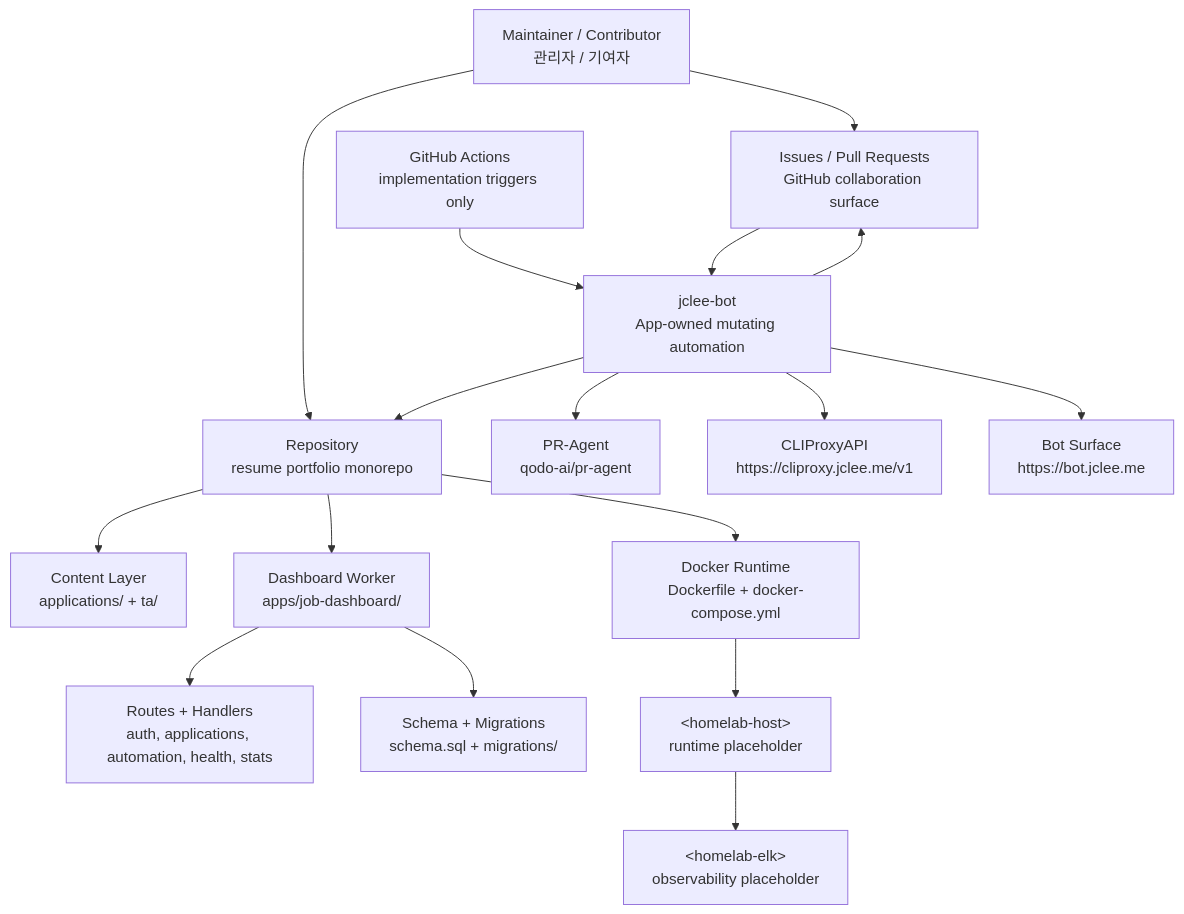
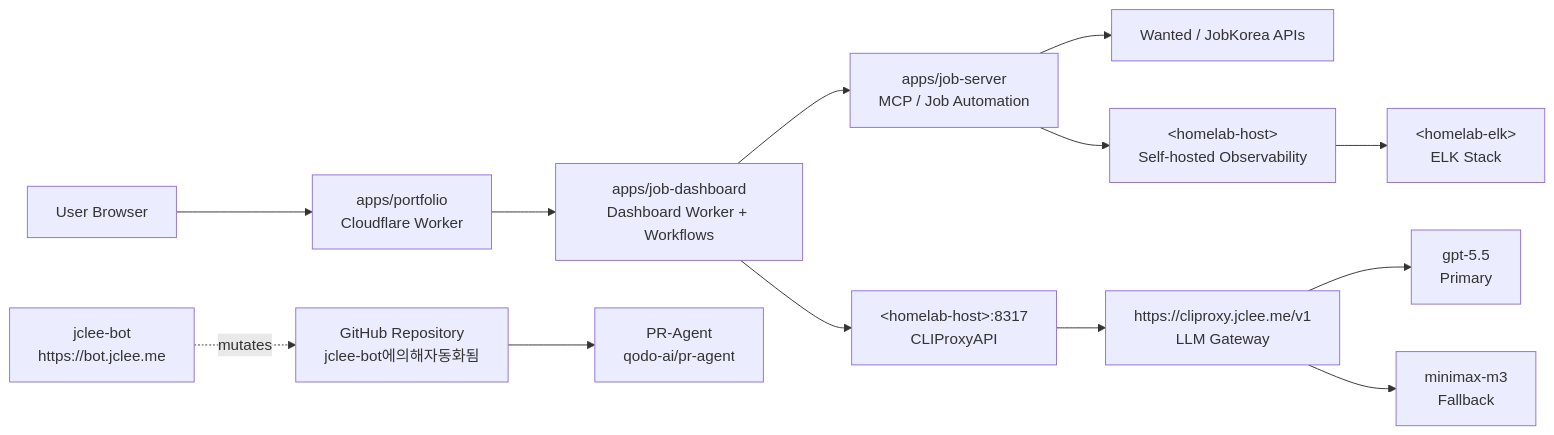
The diagram in README.md (jclee941/resume), drawn with Mermaid before and after one commit. The commit also changed other lines of this file, not shown here.

````diff
--- a/README.md
+++ b/README.md
@@ -153,37 +91,15 @@
 ```mermaid
-flowchart TD
-  Human["Maintainer / Contributor<br/>관리자 / 기여자"]
-  Repo["Repository<br/>resume portfolio monorepo"]
-  Content["Content Layer<br/>applications/ + ta/"]
-  Dashboard["Dashboard Worker<br/>apps/job-dashboard/"]
-  API["Routes + Handlers<br/>auth, applications, automation, health, stats"]
-  Data["Schema + Migrations<br/>schema.sql + migrations/"]
-  Docker["Docker Runtime<br/>Dockerfile + docker-compose.yml"]
-  Bot["jclee-bot<br/>App-owned mutating automation"]
-  Issues["Issues / Pull Requests<br/>GitHub collaboration surface"]
-  Actions["GitHub Actions<br/>implementation triggers only"]
-  PRAgent["PR-Agent<br/>qodo-ai/pr-agent"]
-  CLIProxy["CLIProxyAPI<br/>https://cliproxy.jclee.me/v1"]
-  BotUI["Bot Surface<br/>https://bot.jclee.me"]
-  HomelabHost["&lt;homelab-host&gt;<br/>runtime placeholder"]
-  HomelabELK["&lt;homelab-elk&gt;<br/>observability placeholder"]
-
-  Human --> Repo
-  Repo --> Content
-  Repo --> Dashboard
-  Dashboard --> API
-  Dashboard --> Data
-  Repo --> Docker
-  Docker --> HomelabHost
-
-  Human --> Issues
-  Issues --> Bot
-  Actions --> Bot
-  Bot --> Repo
-  Bot --> Issues
-
-  Bot --> PRAgent
-  Bot --> CLIProxy
-  Bot --> BotUI
-  HomelabHost --> HomelabELK
+flowchart LR
+  Browser["User Browser"] --> Edge["apps/portfolio<br/>Cloudflare Worker"]
+  Edge --> Dashboard["apps/job-dashboard<br/>Dashboard Worker + Workflows"]
+  Dashboard --> JobServer["apps/job-server<br/>MCP / Job Automation"]
+  JobServer --> ATS["Wanted / JobKorea APIs"]
+  Dashboard --> CLIProxy["&lt;homelab-host&gt;:8317<br/>CLIProxyAPI"]
+  CLIProxy --> Gateway["https://cliproxy.jclee.me/v1<br/>LLM Gateway"]
+  Gateway --> GPT["gpt-5.5<br/>Primary"]
+  Gateway --> Mini["minimax-m3<br/>Fallback"]
+  JobServer --> Observ["&lt;homelab-host&gt;<br/>Self-hosted Observability"]
+  Observ --> ELK["&lt;homelab-elk&gt;<br/>ELK Stack"]
+  Bot["jclee-bot<br/>https://bot.jclee.me"] -. mutates .-> Repo["GitHub Repository<br/>jclee-bot에의해자동화됨"]
+  Repo --> PR["PR-Agent<br/>qodo-ai/pr-agent"]
 ```
````
